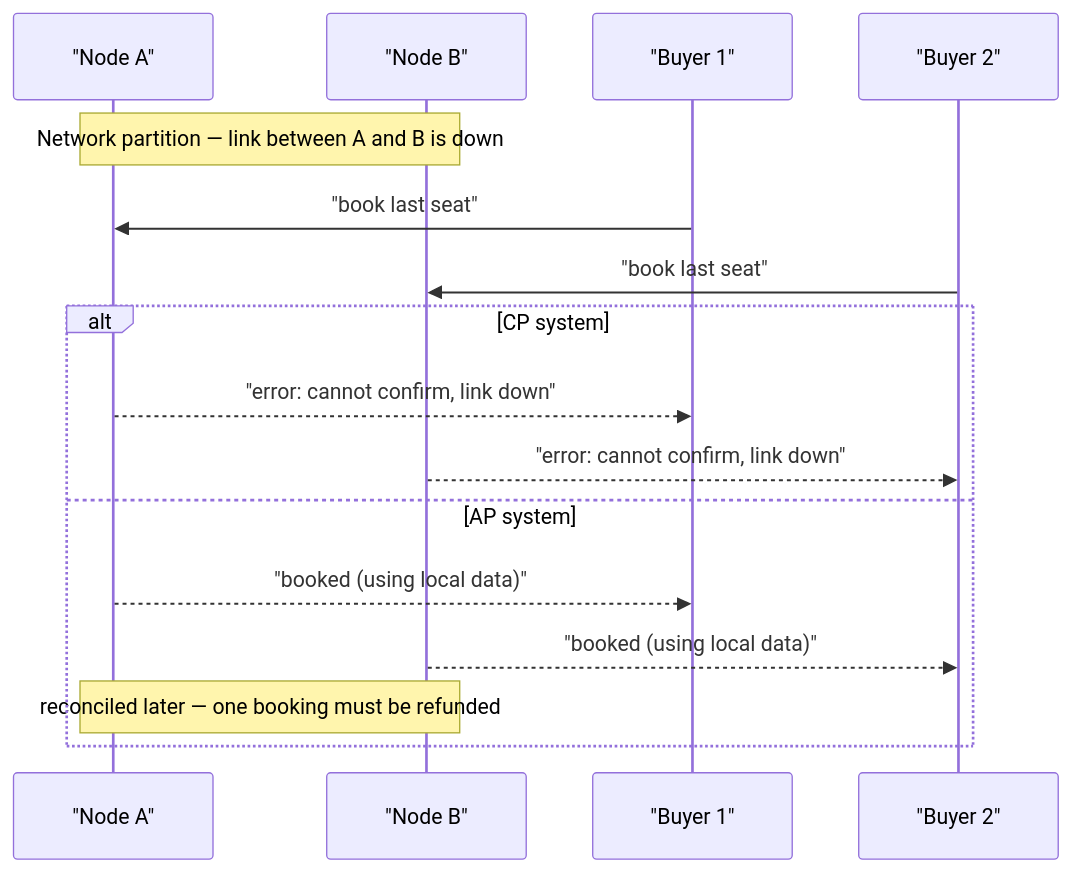
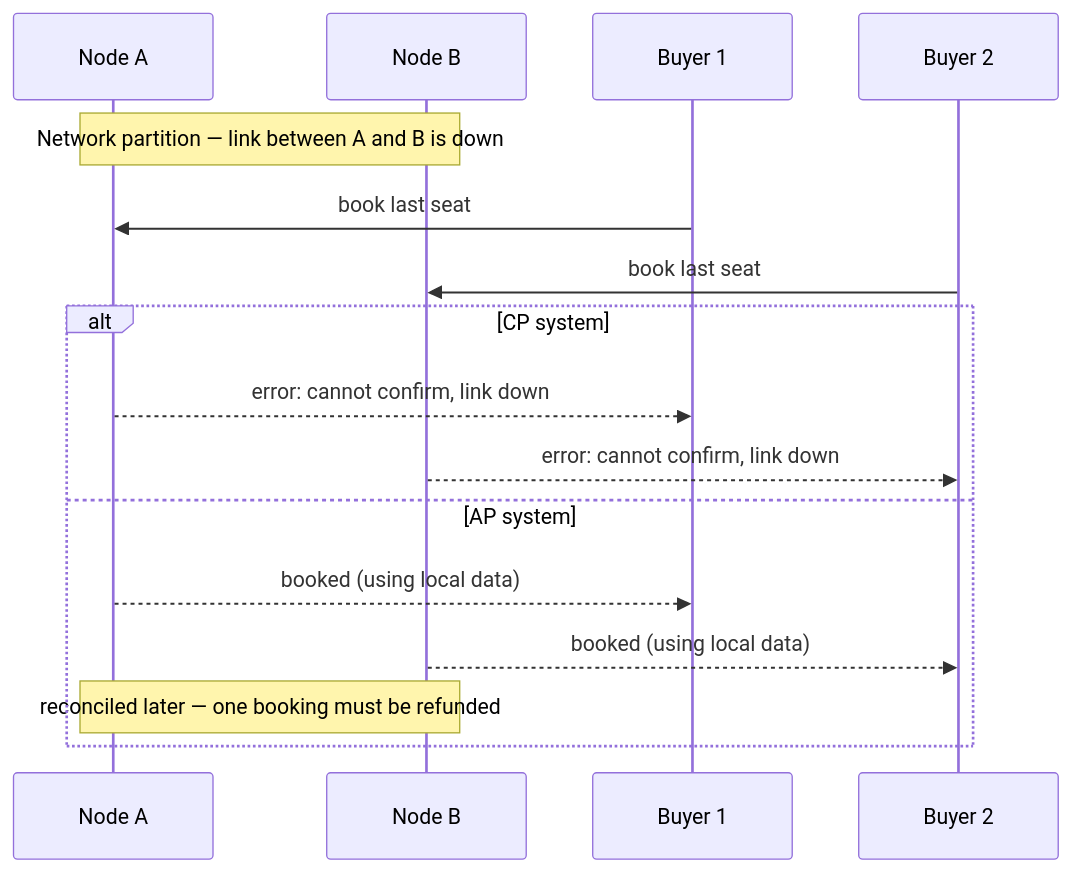
One commit to Shettysai/prepperly-content changed the diagram in phases/05-databases/cap-theorem.md. Above: the diagram before and after it, drawn with Mermaid. The commit also changed 9 other files, not shown here.

First line of the commit message:
Fix quote marks rendering literally in sequence diagrams

````diff
--- a/phases/05-databases/cap-theorem.md
+++ b/phases/05-databases/cap-theorem.md
@@ -36,18 +36,18 @@
 ```mermaid
 sequenceDiagram
-  participant A as "Node A"
-  participant B as "Node B"
+  participant A as Node A
+  participant B as Node B
   Note over A,B: Network partition — link between A and B is down
-  participant U1 as "Buyer 1"
-  participant U2 as "Buyer 2"
-  U1->>A: "book last seat"
-  U2->>B: "book last seat"
+  participant U1 as Buyer 1
+  participant U2 as Buyer 2
+  U1->>A: book last seat
+  U2->>B: book last seat
   alt CP system
-    A-->>U1: "error: cannot confirm, link down"
-    B-->>U2: "error: cannot confirm, link down"
+    A-->>U1: error: cannot confirm, link down
+    B-->>U2: error: cannot confirm, link down
   else AP system
-    A-->>U1: "booked (using local data)"
-    B-->>U2: "booked (using local data)"
+    A-->>U1: booked (using local data)
+    B-->>U2: booked (using local data)
     Note over A,B: reconciled later — one booking must be refunded
   end
 ```
````
